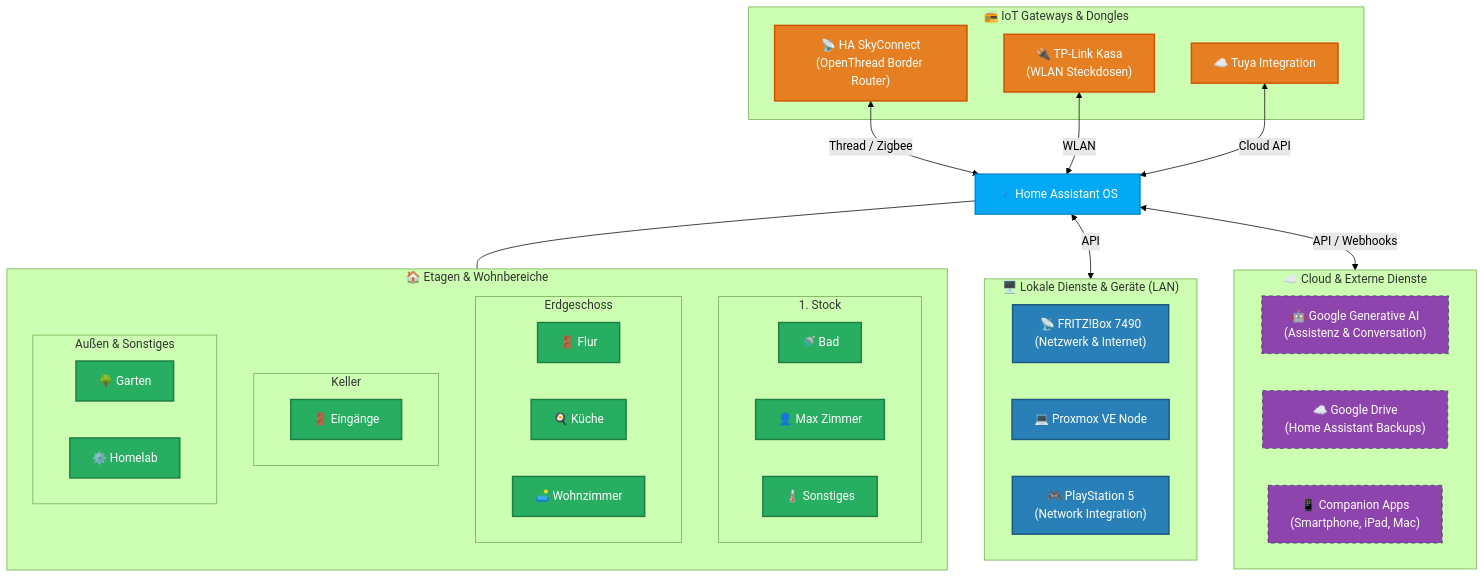
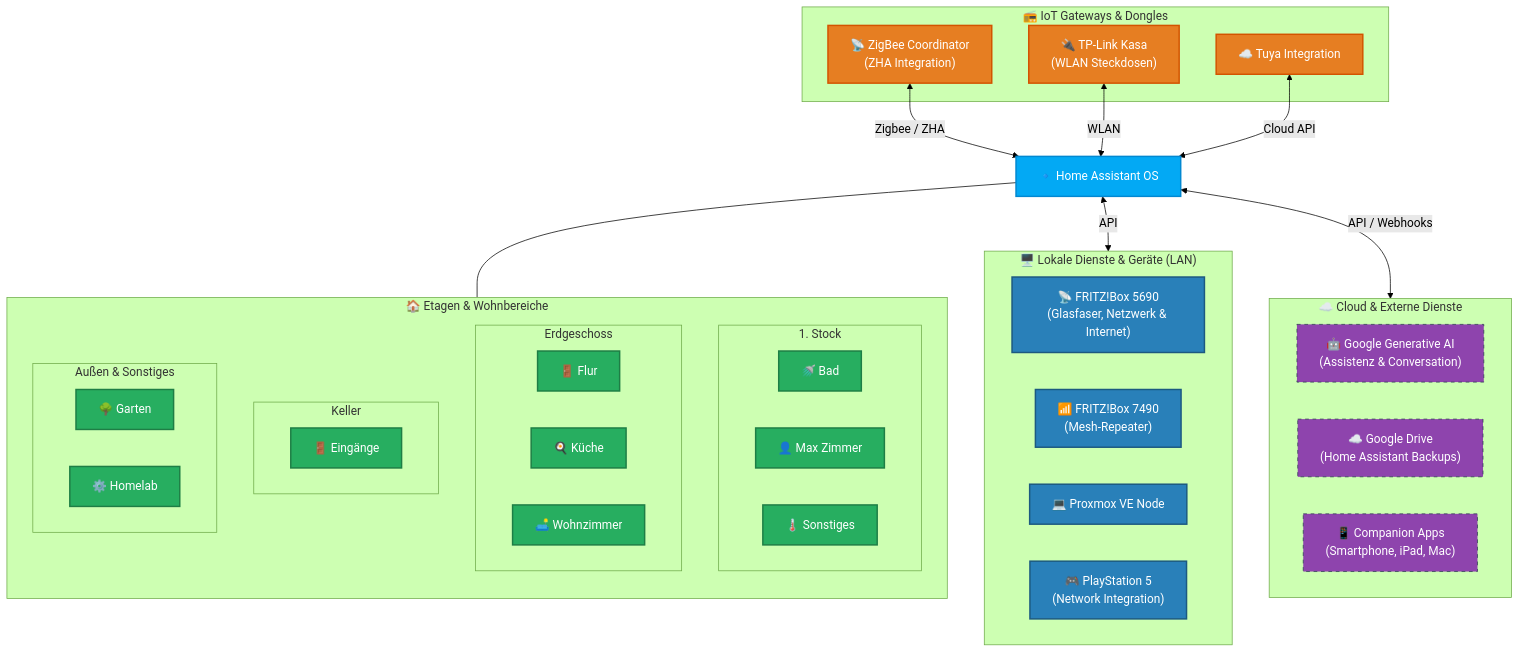
Before and after one commit to mxpfister/homelab-architecture: the sixth of 7 diagrams in README.md, drawn with Mermaid (forest theme).

Commit message:
Update Leinach network and Zigbee details in README diagram

````diff
--- a/README.md
+++ b/README.md
@@ -284,59 +284,60 @@
 ```mermaid
     graph TD
         classDef core fill:#03a9f4,stroke:#0288d1,stroke-width:2px,color:#fff;
         classDef hw fill:#e67e22,stroke:#d35400,stroke-width:2px,color:#fff;
         classDef net fill:#2980b9,stroke:#1c5980,stroke-width:2px,color:#fff;
         classDef cloud fill:#8e44ad,stroke:#2c3e50,stroke-dasharray: 5 5,color:#fff;
         classDef area fill:#27ae60,stroke:#1e7e45,stroke-width:2px,color:#fff;
     
         HA["🔹 Home Assistant OS"]:::core
     
         subgraph Floors ["🏠 Etagen & Wohnbereiche"]
             direction TB
             subgraph F_1 ["1. Stock"]
                 Bad["🚿 Bad"]:::area
                 MaxZimmer["👤 Max Zimmer"]:::area
                 Sonstiges["🌡️ Sonstiges"]:::area
             end
             subgraph F_0 ["Erdgeschoss"]
                 Flur["🚪 Flur"]:::area
                 Kueche["🍳 Küche"]:::area
                 Wohnzimmer["🛋️ Wohnzimmer"]:::area
             end
             subgraph F_K ["Keller"]
                 KellerArea["🚪 Eingänge"]:::area
             end
             subgraph F_Out ["Außen & Sonstiges"]
                 Garten["🌳 Garten"]:::area
                 HomelabArea["⚙️ Homelab"]:::area
             end
         end
 
         subgraph IoT ["📻 IoT Gateways & Dongles"]
-            SkyConnect["📡 HA SkyConnect<br>(OpenThread Border Router)"]:::hw
+            ZigbeeCoordinator["📡 ZigBee Coordinator<br>(ZHA Integration)"]:::hw
             TP_Link["🔌 TP-Link Kasa<br>(WLAN Steckdosen)"]:::hw
             Tuya["☁️ Tuya Integration"]:::hw
         end
 
         subgraph LocalNet ["🖥️ Lokale Dienste & Geräte (LAN)"]
-            Fritz["📡 FRITZ!Box 7490<br>(Netzwerk & Internet)"]:::net
+            FritzMain["📡 FRITZ!Box 5690<br>(Glasfaser, Netzwerk & Internet)"]:::net
+            FritzMesh["📶 FRITZ!Box 7490<br>(Mesh-Repeater)"]:::net
             PVE["💻 Proxmox VE Node"]:::net
             PS5["🎮 PlayStation 5<br>(Network Integration)"]:::net
         end
 
         subgraph Cloud ["☁️ Cloud & Externe Dienste"]
             G_AI["🤖 Google Generative AI<br>(Assistenz & Conversation)"]:::cloud
             G_Drive["☁️ Google Drive<br>(Home Assistant Backups)"]:::cloud
             Mobile["📱 Companion Apps<br>(Smartphone, iPad, Mac)"]:::cloud
         end
 
         %% Verbindungen
         HA --- Floors
         
-        SkyConnect <-->|Thread / Zigbee| HA
+        ZigbeeCoordinator <-->|Zigbee / ZHA| HA
         TP_Link <-->|WLAN| HA
         Tuya <-->|Cloud API| HA
         
         HA <-->|API| LocalNet
         HA <-->|API / Webhooks| Cloud
 ```
````
